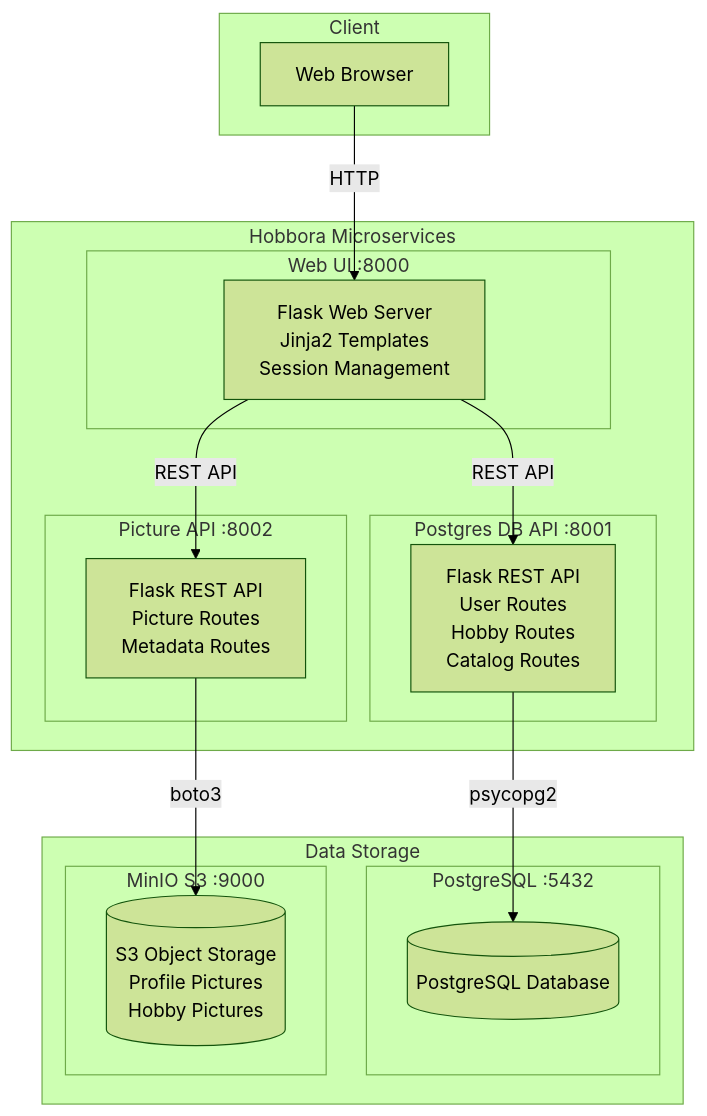
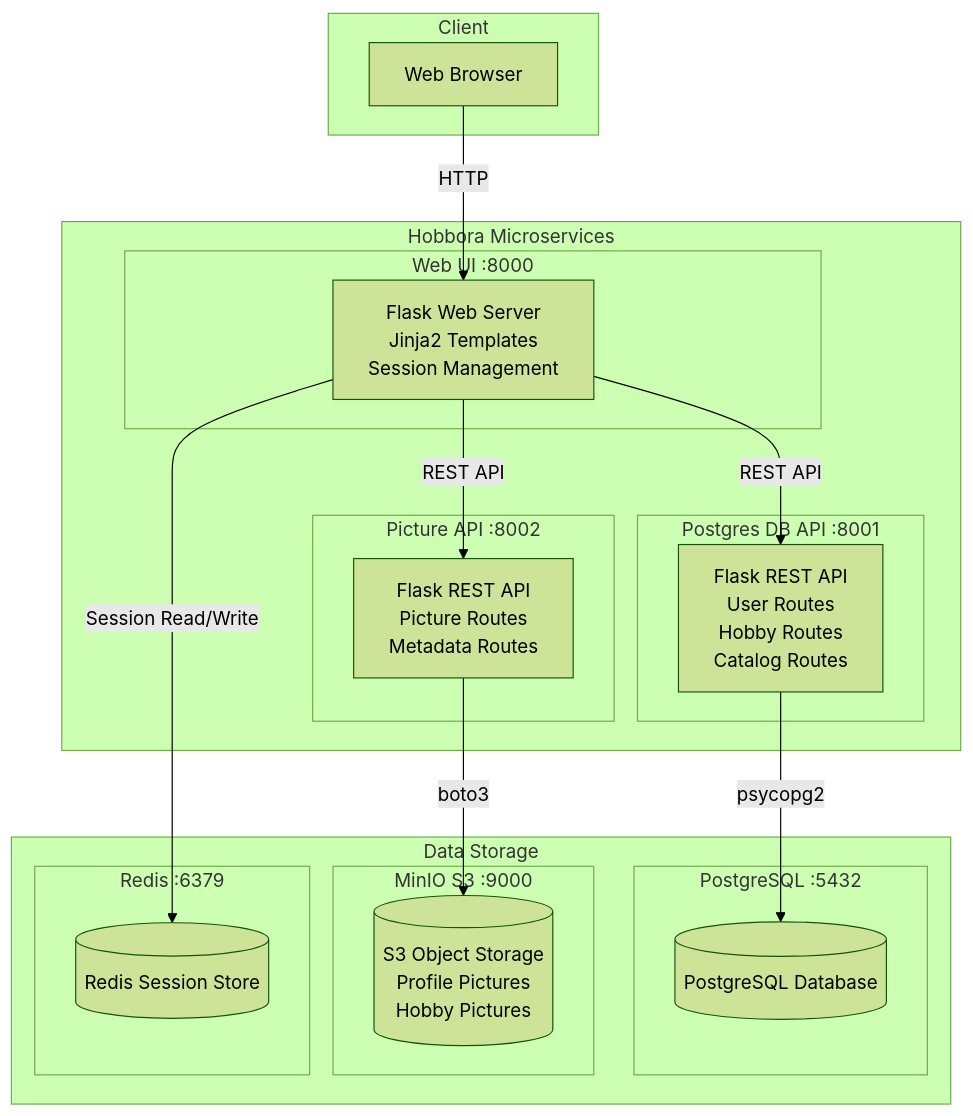
The first of 4 diagrams in docs/architecture.md (arrodi/hobbora), drawn with Mermaid (forest theme) before and after one commit. The commit also changed other lines of this file, not shown here.

Commit message:
docs(architecture): add Redis to top-level system diagram and ports summary

````diff
--- a/docs/architecture.md
+++ b/docs/architecture.md
@@ -5,36 +5,41 @@
 ```mermaid
 flowchart TB
     subgraph Client
         Browser[Web Browser]
     end
 
     subgraph "Hobbora Microservices"
         subgraph "Web UI :8000"
             WebUI[Flask Web Server<br/>Jinja2 Templates<br/>Session Management]
         end
 
         subgraph "Postgres DB API :8001"
             DBAPI[Flask REST API<br/>User Routes<br/>Hobby Routes<br/>Catalog Routes]
         end
 
         subgraph "Picture API :8002"
             PicAPI[Flask REST API<br/>Picture Routes<br/>Metadata Routes]
         end
     end
 
     subgraph "Data Storage"
         subgraph "PostgreSQL :5432"
             DB[(PostgreSQL Database)]
         end
 
         subgraph "MinIO S3 :9000"
             S3[(S3 Object Storage<br/>Profile Pictures<br/>Hobby Pictures)]
         end
+
+        subgraph "Redis :6379"
+            Redis[(Redis Session Store)]
+        end
     end
 
     Browser -->|HTTP| WebUI
     WebUI -->|REST API| DBAPI
     WebUI -->|REST API| PicAPI
+    WebUI -->|Session Read/Write| Redis
     DBAPI -->|psycopg2| DB
     PicAPI -->|boto3| S3
 ```
````
